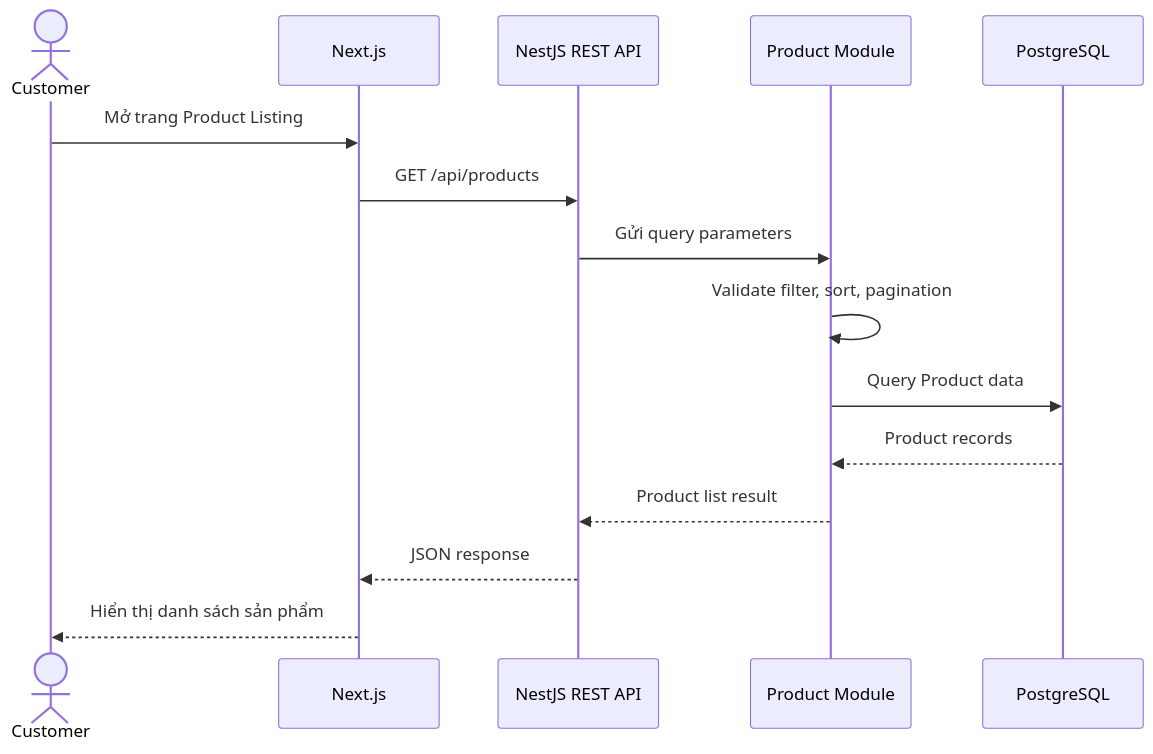
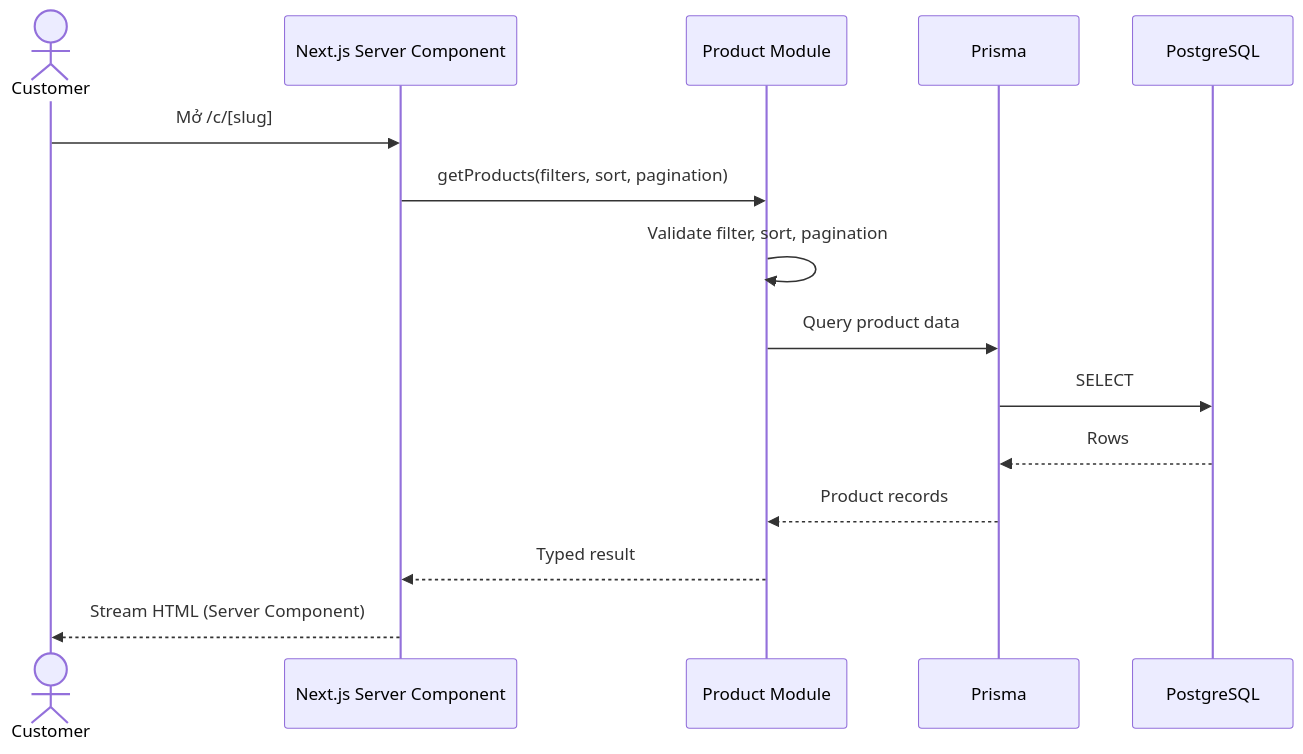
The second of 5 diagrams in docs/ARCHITECTURE.md (khanhtung2410/ant-jewelry), drawn with Mermaid before and after one commit. The commit also changed other lines of this file and 2 other files, not shown here.

First line of the commit message:
docs: sitemap + single Next.js architecture (#8)

````diff
--- a/docs/ARCHITECTURE.md
+++ b/docs/ARCHITECTURE.md
@@ -491,18 +484,18 @@
 ```mermaid
 sequenceDiagram
     actor Customer
-    participant FE as Next.js
-    participant API as NestJS REST API
+    participant RSC as Next.js Server Component
     participant Product as Product Module
+    participant Prisma as Prisma
     participant DB as PostgreSQL
 
-    Customer->>FE: Mở trang Product Listing
-    FE->>API: GET /api/products
-    API->>Product: Gửi query parameters
+    Customer->>RSC: Mở /c/[slug]
+    RSC->>Product: getProducts(filters, sort, pagination)
     Product->>Product: Validate filter, sort, pagination
-    Product->>DB: Query Product data
-    DB-->>Product: Product records
-    Product-->>API: Product list result
-    API-->>FE: JSON response
-    FE-->>Customer: Hiển thị danh sách sản phẩm
+    Product->>Prisma: Query product data
+    Prisma->>DB: SELECT
+    DB-->>Prisma: Rows
+    Prisma-->>Product: Product records
+    Product-->>RSC: Typed result
+    RSC-->>Customer: Stream HTML (Server Component)
 ```
````
